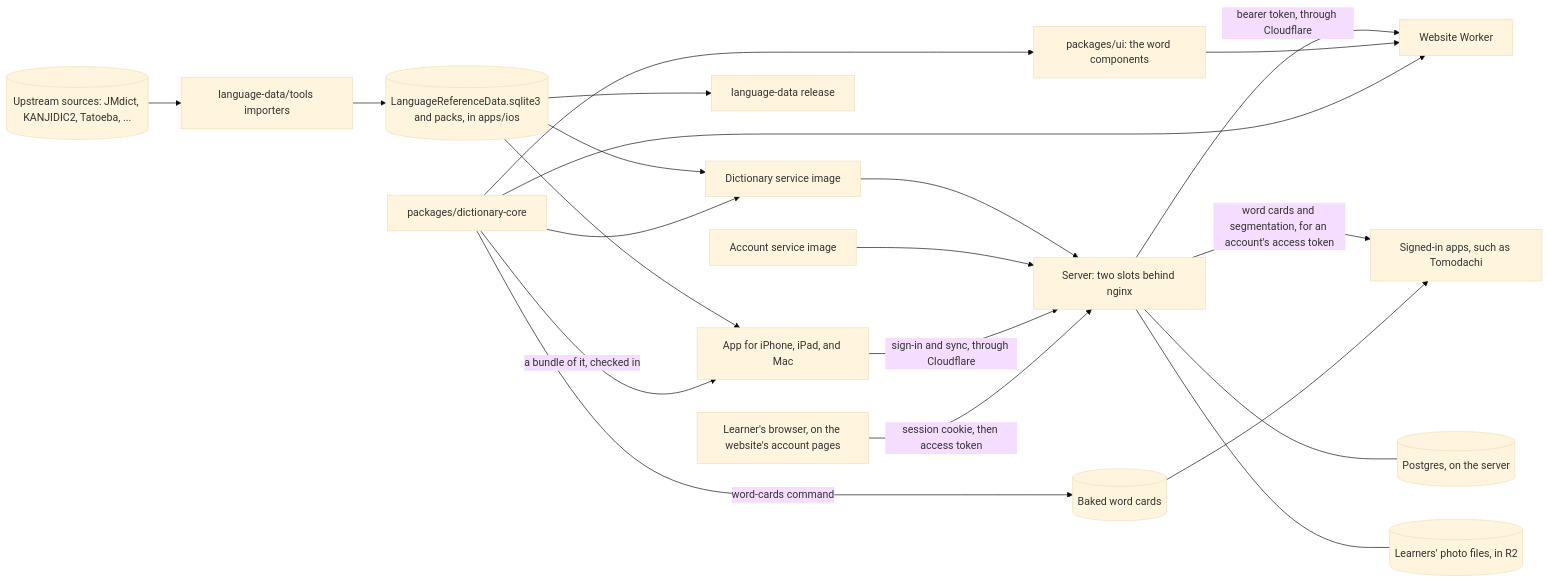
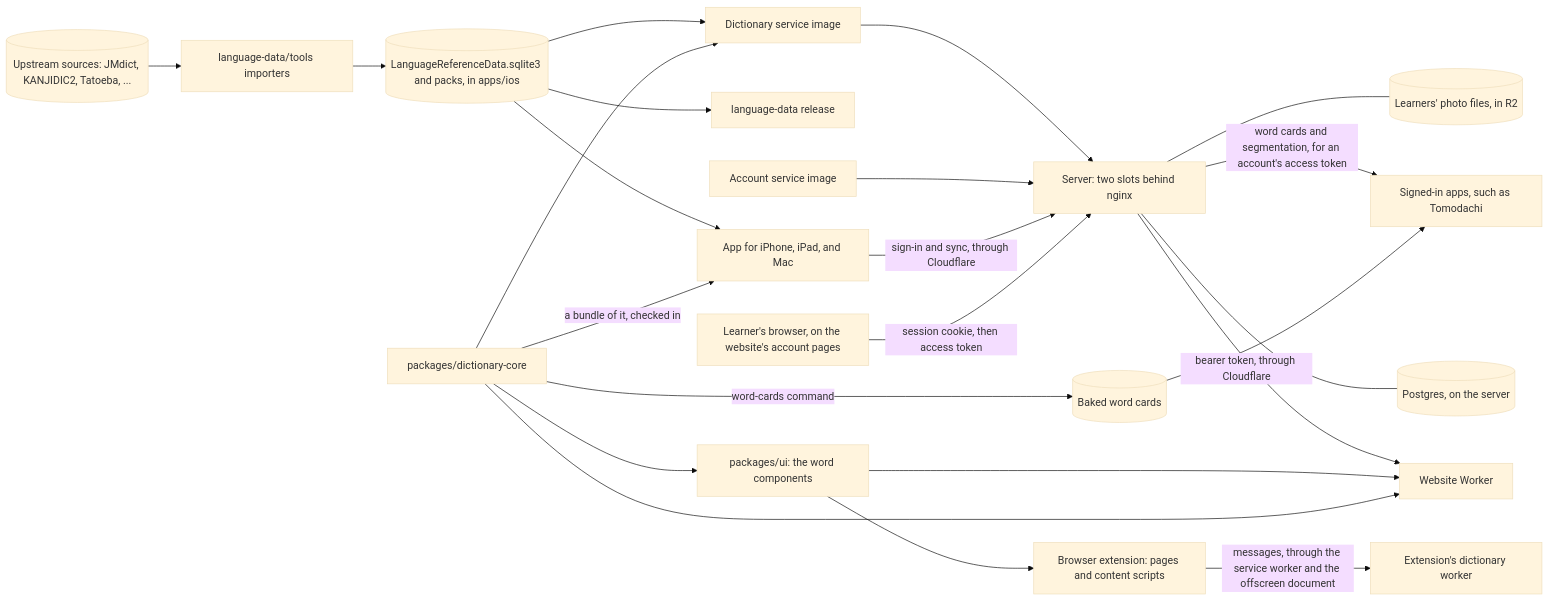
The diagram in ARCHITECTURE.md (serpcompany/zenbujapanese-monorepo), drawn with Mermaid (base theme) before and after one commit. The commit also changed other lines of this file and 69 other files, not shown here.

````diff
--- a/ARCHITECTURE.md
+++ b/ARCHITECTURE.md
@@ -24,23 +25,25 @@
 ```mermaid
 flowchart LR
     Sources[("Upstream sources: JMdict, KANJIDIC2, Tatoeba, ...")] --> Tools["language-data/tools importers"]
     Tools --> Data[("LanguageReferenceData.sqlite3 and packs, in apps/ios")]
     Data --> App["App for iPhone, iPad, and Mac"]
     Data --> Release["language-data release"]
     Data --> Image["Dictionary service image"]
     Core["packages/dictionary-core"] --> Image
     Core -->|"a bundle of it, checked in"| App
     Image --> Server["Server: two slots behind nginx"]
     Server -->|"bearer token, through Cloudflare"| Site["Website Worker"]
     Server -->|"word cards and segmentation, for an account's access token"| Apps["Signed-in apps, such as Tomodachi"]
     Core --> UI["packages/ui: the word components"]
     UI --> Site
+    UI --> Extension["Browser extension: pages and content scripts"]
+    Extension -->|"messages, through the service worker and the offscreen document"| ExtensionWorker["Extension's dictionary worker"]
     Core --> Site
     Core -->|"word-cards command"| Cards[("Baked word cards")]
     Cards --> Apps
     Accounts["Account service image"] --> Server
     App -->|"sign-in and sync, through Cloudflare"| Server
     Server --- Postgres[("Postgres, on the server")]
     Server --- Photos[("Learners' photo files, in R2")]
     Browser["Learner's browser, on the website's account pages"] -->|"session cookie, then access token"| Server
 ```
````
